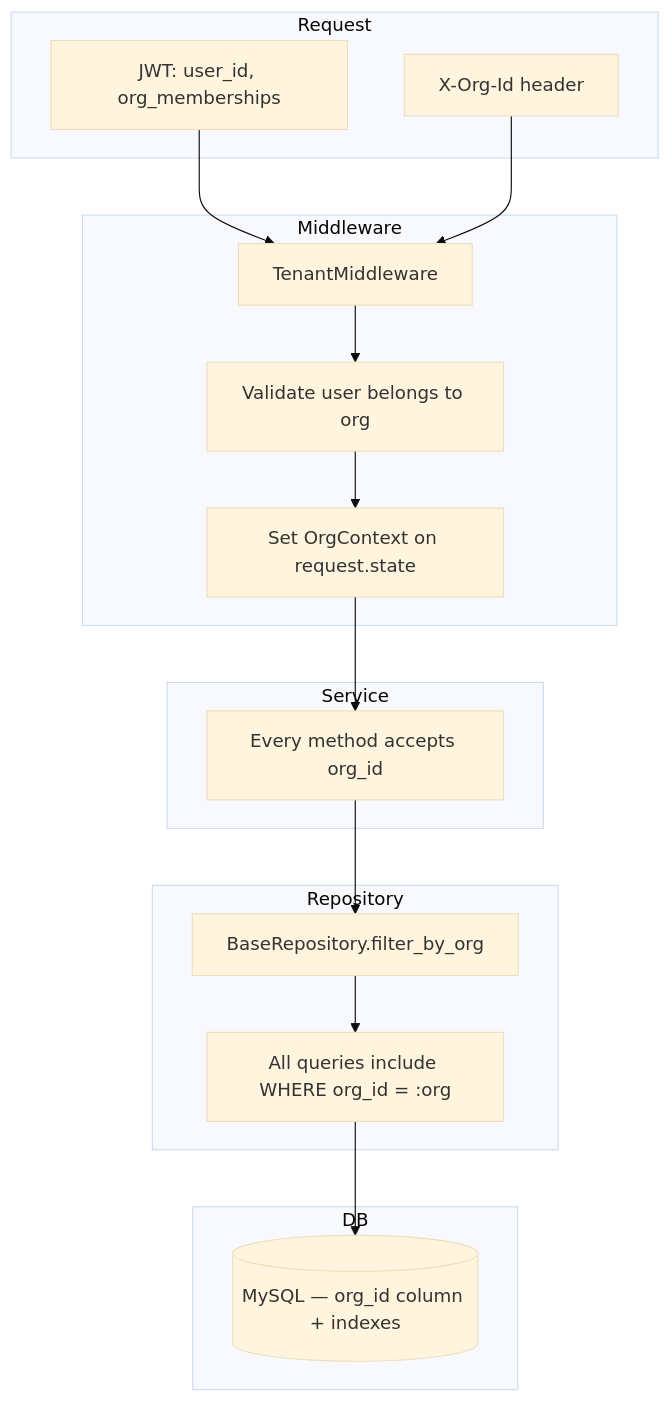
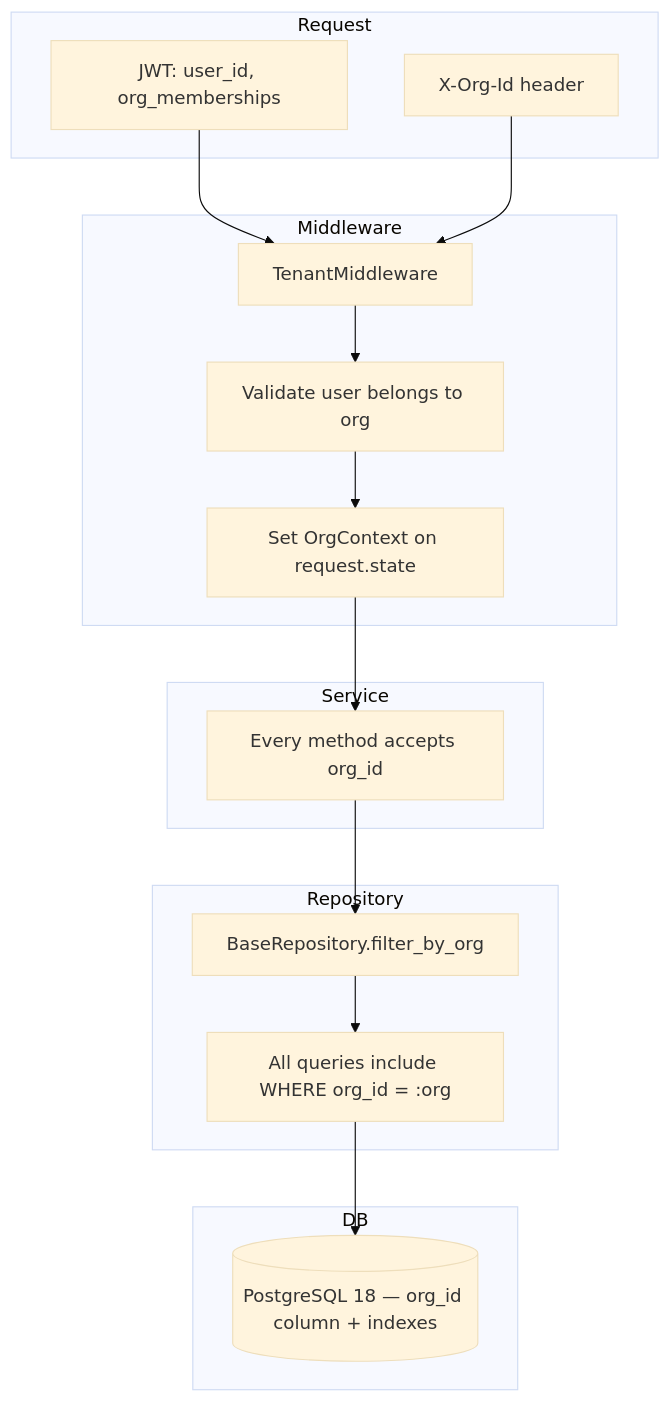
One commit to abhishekraaut/FAST-API changed diagram 15 of 21 in docs/PHASE_2_SYSTEM_DESIGN.md. Above: the diagram before and after it, drawn with Mermaid (base theme). The commit also changed other lines of this file and 11 other files, not shown here.

````diff
--- a/docs/PHASE_2_SYSTEM_DESIGN.md
+++ b/docs/PHASE_2_SYSTEM_DESIGN.md
@@ -758,30 +758,30 @@
 ```mermaid
 flowchart TB
     subgraph Request
         JWT[JWT: user_id, org_memberships]
         HDR[X-Org-Id header]
     end
 
     subgraph Middleware
         T1[TenantMiddleware]
         T2[Validate user belongs to org]
         T3[Set OrgContext on request.state]
     end
 
     subgraph Service
         S1[Every method accepts org_id]
     end
 
     subgraph Repository
         R1[BaseRepository.filter_by_org]
         R2[All queries include WHERE org_id = :org]
     end
 
     subgraph DB
-        DB1[(MySQL — org_id column + indexes)]
+        DB1[(PostgreSQL 18 — org_id column + indexes)]
     end
 
     JWT --> T1
     HDR --> T1
     T1 --> T2 --> T3 --> S1 --> R1 --> R2 --> DB1
 ```
````
